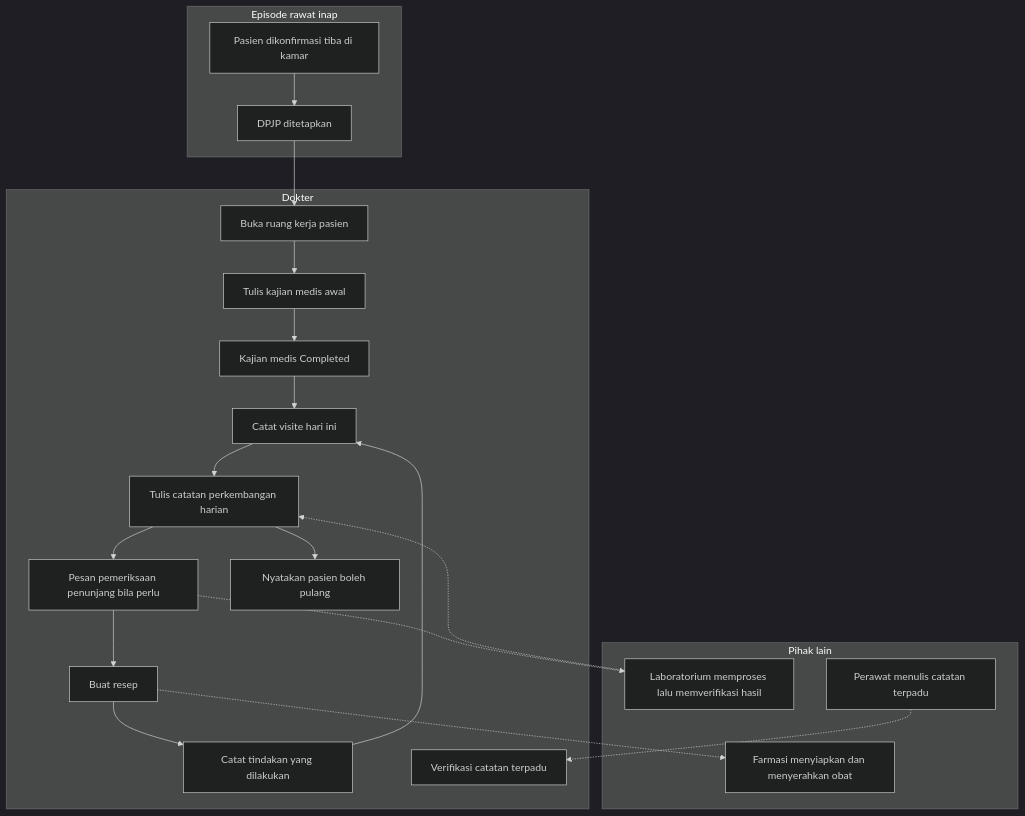
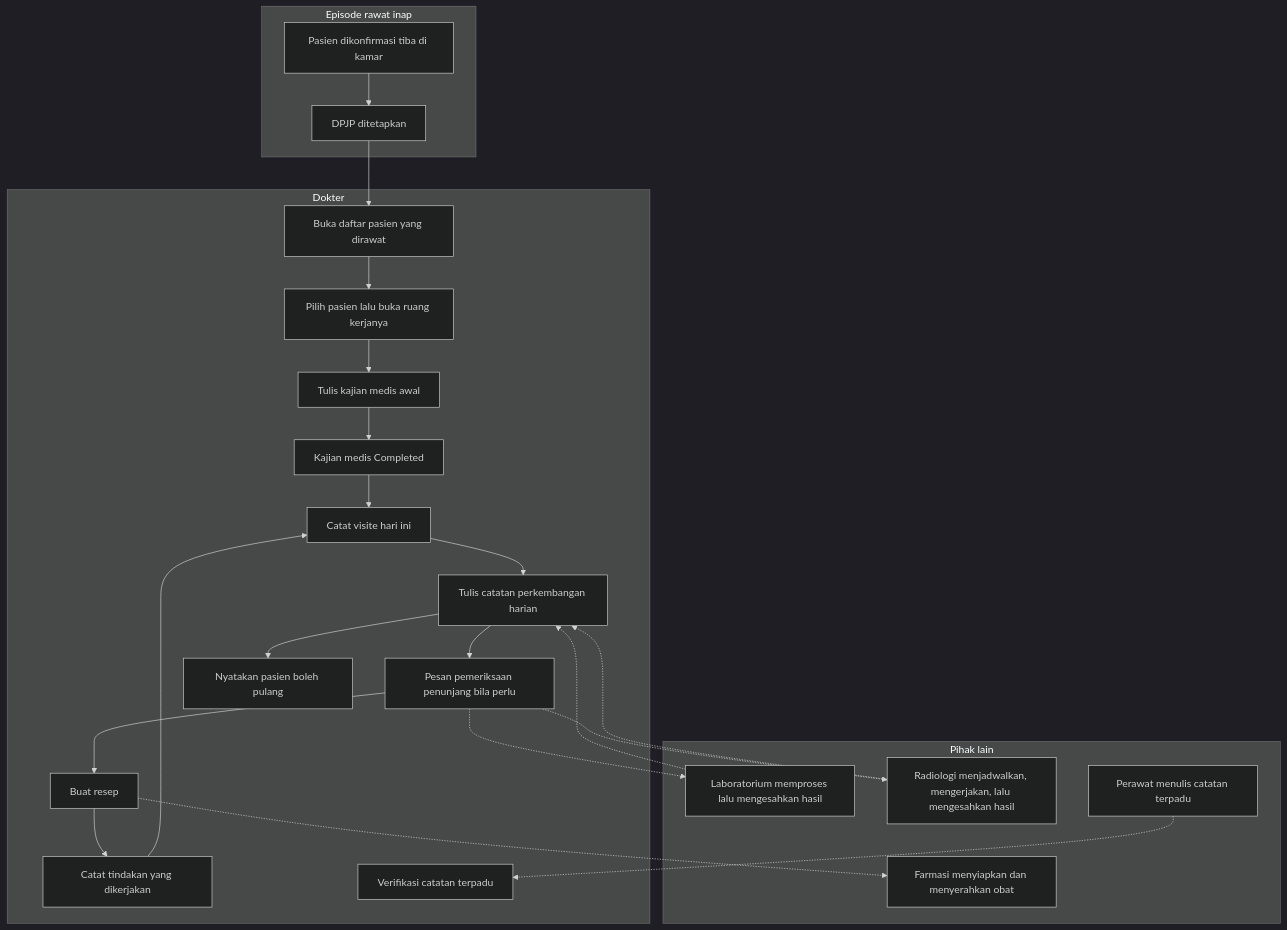
Before and after one commit to DevBenari/NewQuilvianSystemBackend: the diagram in docs/module-blueprints/rawat-inap/dokter-rawat-inap/flowcharts/00-alur-utama.md, drawn with Mermaid (dark theme). The commit also changed other lines of this file and 20 other files, not shown here.

First line of the commit message:
Add flowcharts for daily notes and doctor visits in inpatient module

````diff
--- a/docs/module-blueprints/rawat-inap/dokter-rawat-inap/flowcharts/00-alur-utama.md
+++ b/docs/module-blueprints/rawat-inap/dokter-rawat-inap/flowcharts/00-alur-utama.md
@@ -18,36 +19,40 @@
 ```mermaid
 flowchart TD
     subgraph EPS["Episode rawat inap"]
         A1["Pasien dikonfirmasi tiba di kamar"]
         A2["DPJP ditetapkan"]
     end
 
     subgraph DOK["Dokter"]
-        B1["Buka ruang kerja pasien"]
-        B2["Tulis kajian medis awal"]
-        B3["Kajian medis Completed"]
-        B4["Catat visite hari ini"]
-        B5["Tulis catatan perkembangan harian"]
-        B6["Pesan pemeriksaan penunjang bila perlu"]
-        B7["Buat resep"]
-        B8["Catat tindakan yang dilakukan"]
-        B9["Verifikasi catatan terpadu"]
-        B10["Nyatakan pasien boleh pulang"]
+        B1["Buka daftar pasien yang dirawat"]
+        B2["Pilih pasien lalu buka ruang kerjanya"]
+        B3["Tulis kajian medis awal"]
+        B4["Kajian medis Completed"]
+        B5["Catat visite hari ini"]
+        B6["Tulis catatan perkembangan harian"]
+        B7["Pesan pemeriksaan penunjang bila perlu"]
+        B8["Buat resep"]
+        B9["Catat tindakan yang dikerjakan"]
+        B10["Verifikasi catatan terpadu"]
+        B11["Nyatakan pasien boleh pulang"]
     end
 
     subgraph LAIN["Pihak lain"]
         C1["Farmasi menyiapkan dan menyerahkan obat"]
-        C2["Laboratorium memproses lalu memverifikasi hasil"]
-        C3["Perawat menulis catatan terpadu"]
+        C2["Laboratorium memproses lalu mengesahkan hasil"]
+        C3["Radiologi menjadwalkan, mengerjakan, lalu mengesahkan hasil"]
+        C4["Perawat menulis catatan terpadu"]
     end
 
-    A1 --> A2 --> B1 --> B2 --> B3
-    B3 --> B4 --> B5
-    B5 --> B6 --> B7 --> B8
-    B7 -.-> C1
-    B6 -.-> C2
-    C2 -.-> B5
-    C3 -.-> B9
-    B8 --> B4
-    B5 --> B10
+    A1 --> A2 --> B1 --> B2 --> B3 --> B4
+    B4 --> B5 --> B6
+    B6 --> B7 --> B8 --> B9
+    B8 -.-> C1
+    B7 -.-> C2
+    B7 -.-> C3
+    C2 -.-> B6
+    C3 -.-> B6
+    C4 -.-> B10
+    B9 --> B5
+    B6 --> B11
 ```
````
